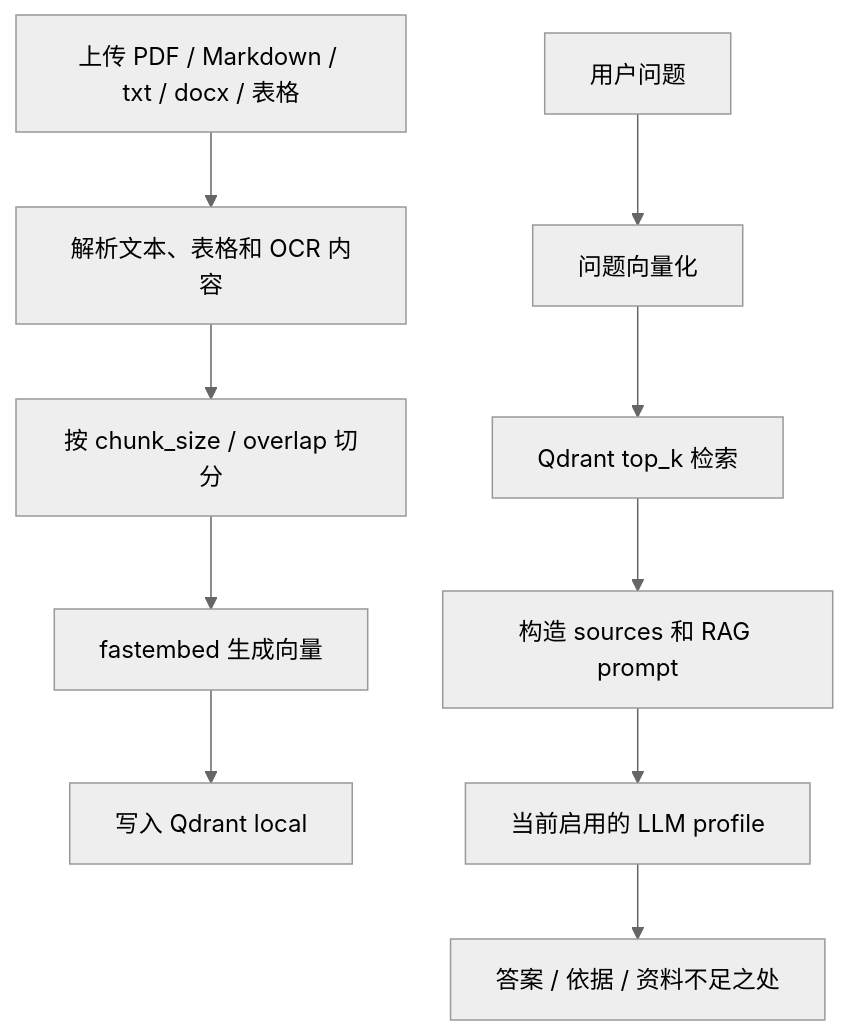
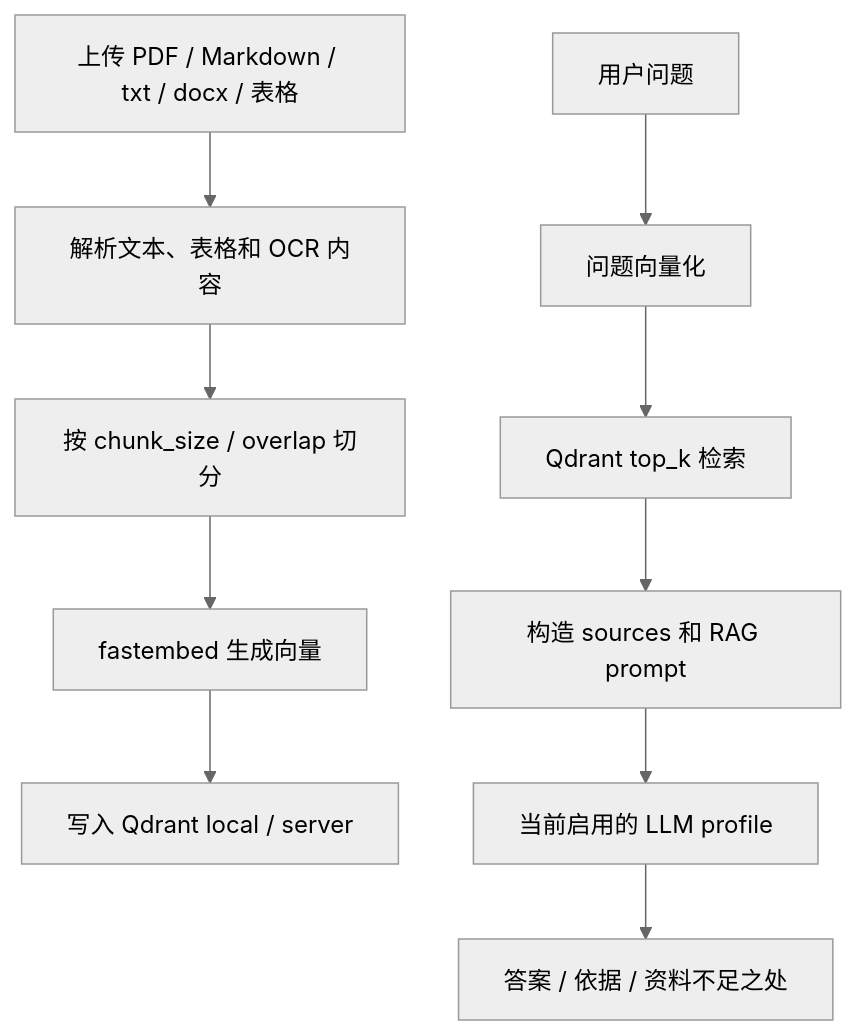
Before and after one commit to supadLL/ai-std: the second of 2 diagrams in projects/rag-pdf-qa/README.md, drawn with Mermaid (neutral theme). The commit also changed other lines of this file and 13 other files, not shown here.

````diff
--- a/projects/rag-pdf-qa/README.md
+++ b/projects/rag-pdf-qa/README.md
@@ -62,12 +62,12 @@
 ```mermaid
 flowchart TD
   A[上传 PDF / Markdown / txt / docx / 表格] --> B[解析文本、表格和 OCR 内容]
   B --> C[按 chunk_size / overlap 切分]
   C --> D[fastembed 生成向量]
-  D --> E[写入 Qdrant local]
+  D --> E[写入 Qdrant local / server]
   F[用户问题] --> G[问题向量化]
   G --> H[Qdrant top_k 检索]
   H --> I[构造 sources 和 RAG prompt]
   I --> J[当前启用的 LLM profile]
   J --> K[答案 / 依据 / 资料不足之处]
 ```
````
